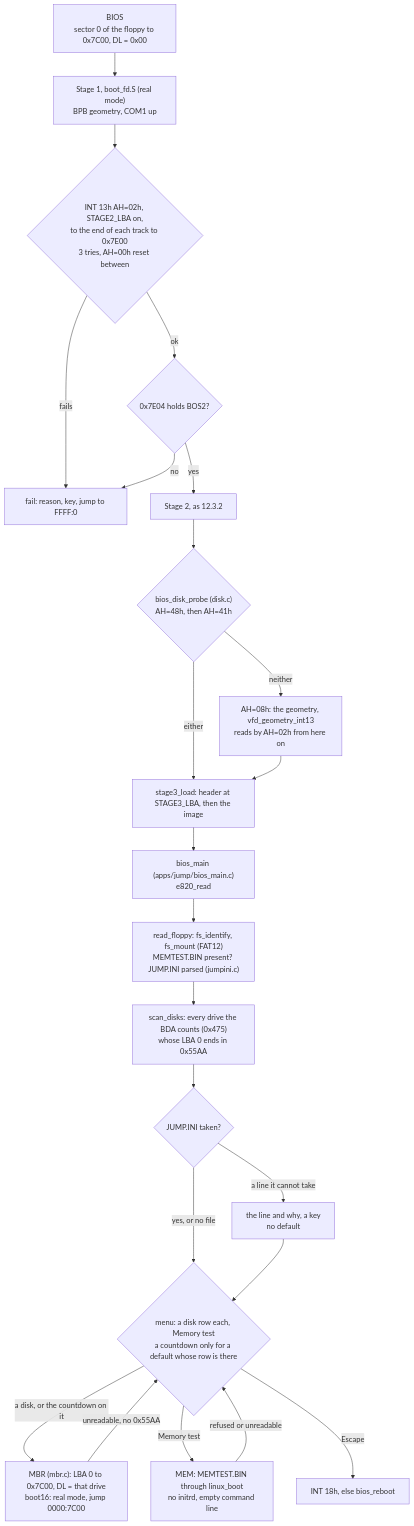
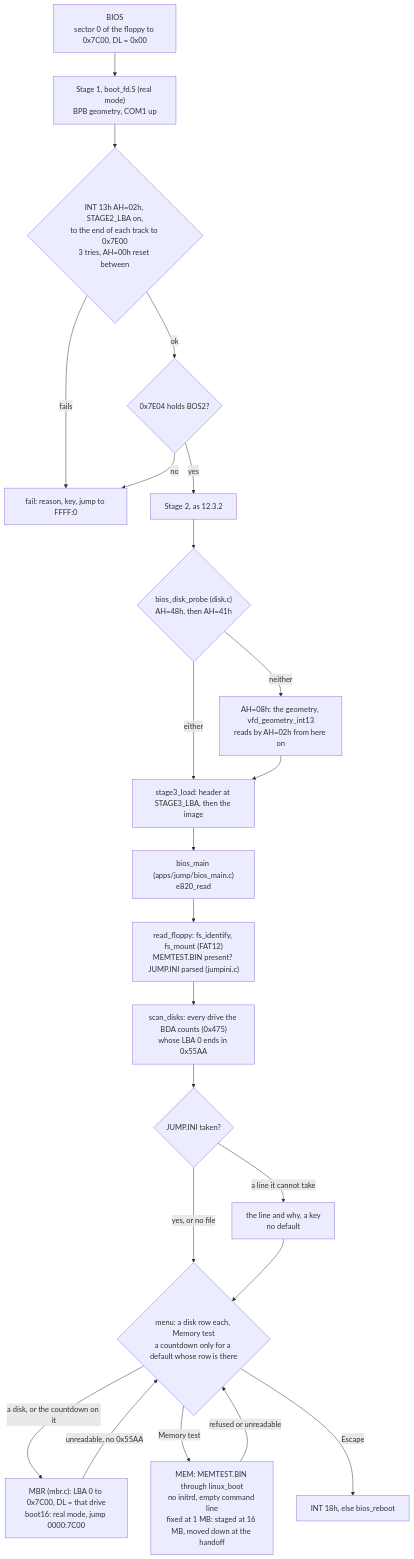
One commit to vifair22/falcon-boot changed diagram 23 of 24 in docs/DESIGN.md. Above: the diagram before and after it, drawn with Mermaid. The commit also changed other lines of this file, not shown here.

First line of the commit message:
Draw the staged kernel's move in DESIGN 12

````diff
--- a/docs/DESIGN.md
+++ b/docs/DESIGN.md
@@ -3522,25 +3523,25 @@
 ```mermaid
 flowchart TD
     BIOS["BIOS<br/>sector 0 of the floppy to 0x7C00, DL = 0x00"] --> S1["Stage 1, boot_fd.S (real mode)<br/>BPB geometry, COM1 up"]
     S1 --> RD{"INT 13h AH=02h, STAGE2_LBA on,<br/>to the end of each track to 0x7E00<br/>3 tries, AH=00h reset between"}
     RD -- fails --> F1["fail: reason, key, jump to FFFF:0"]
     RD -- ok --> MG{"0x7E04 holds BOS2?"}
     MG -- no --> F1
     MG -- yes --> S2["Stage 2, as 12.3.2"]
     S2 --> PR{"bios_disk_probe (disk.c)<br/>AH=48h, then AH=41h"}
     PR -- "neither" --> GEO["AH=08h: the geometry, vfd_geometry_int13<br/>reads by AH=02h from here on"]
     PR -- "either" --> L3
     GEO --> L3["stage3_load: header at STAGE3_LBA, then the image"]
     L3 --> BM["bios_main (apps/jump/bios_main.c)<br/>e820_read"]
     BM --> FAT["read_floppy: fs_identify, fs_mount (FAT12)<br/>MEMTEST.BIN present? JUMP.INI parsed (jumpini.c)"]
     FAT --> DSK["scan_disks: every drive the BDA counts (0x475)<br/>whose LBA 0 ends in 0x55AA"]
     DSK --> INI{"JUMP.INI taken?"}
     INI -- "a line it cannot take" --> REP["the line and why, a key<br/>no default"]
     INI -- "yes, or no file" --> MENU
     REP --> MENU{"menu: a disk row each, Memory test<br/>a countdown only for a default whose row is there"}
     MENU -- "a disk, or the countdown on it" --> MBR["MBR (mbr.c): LBA 0 to 0x7C00, DL = that drive<br/>boot16: real mode, jump 0000:7C00"]
-    MENU -- "Memory test" --> MEM["MEM: MEMTEST.BIN through linux_boot<br/>no initrd, empty command line"]
+    MENU -- "Memory test" --> MEM["MEM: MEMTEST.BIN through linux_boot<br/>no initrd, empty command line<br/>fixed at 1 MB: staged at 16 MB, moved down at the handoff"]
     MENU -- "Escape" --> RF["INT 18h, else bios_reboot"]
     MBR -- "unreadable, no 0x55AA" --> MENU
     MEM -- "refused or unreadable" --> MENU
 ```
````
